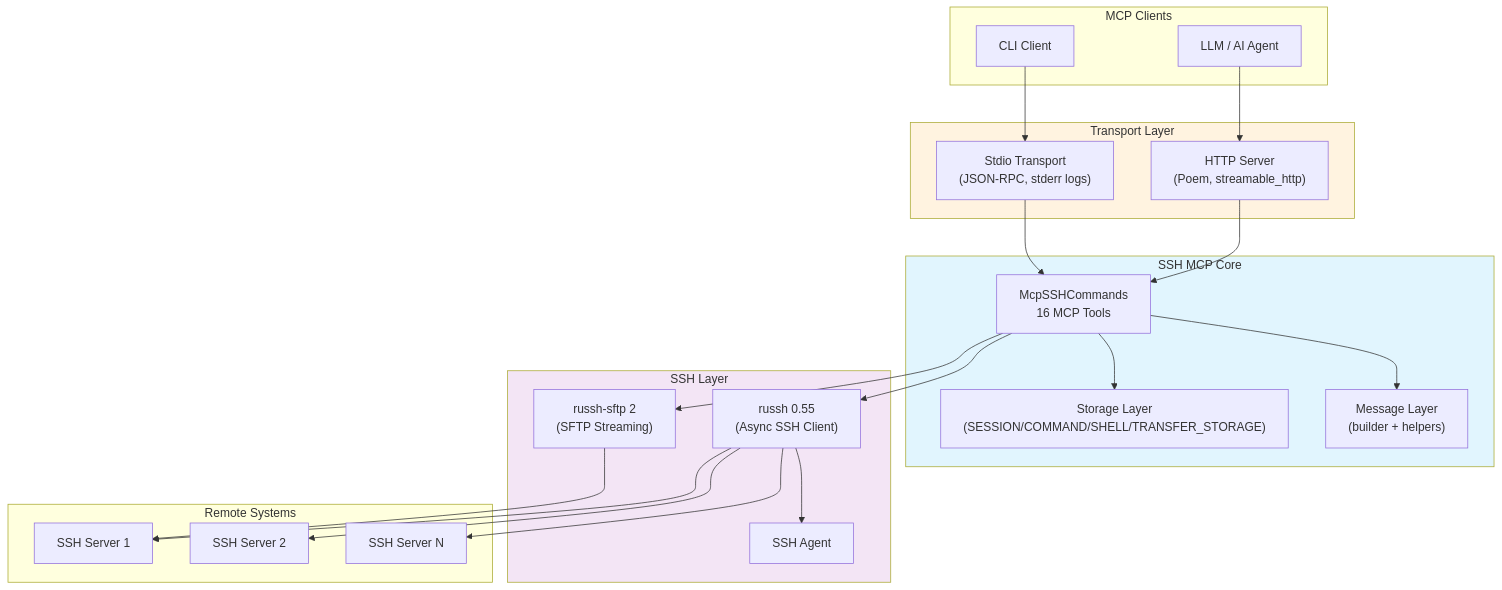
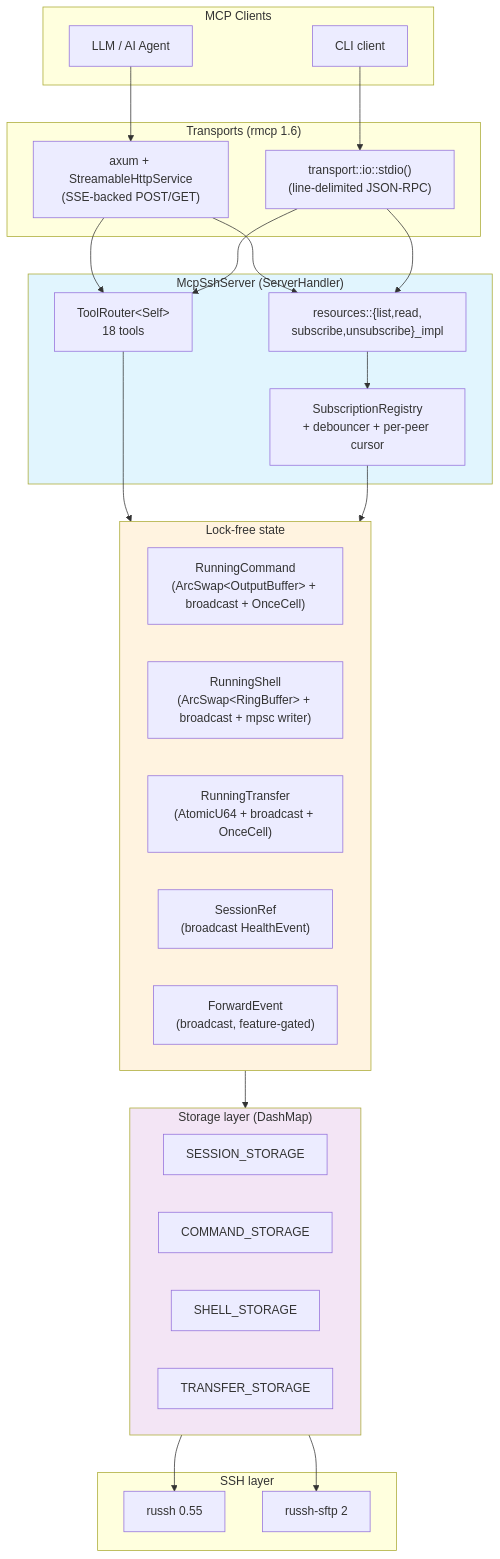
Before and after one commit to farchanjo/ssh-mcp: the first of 5 diagrams in docs/ARCHITECTURE.md, drawn with Mermaid. The commit also changed other lines of this file and 3 other files, not shown here.

````diff
--- a/docs/ARCHITECTURE.md
+++ b/docs/ARCHITECTURE.md
@@ -17,48 +21,55 @@
 ```mermaid
 flowchart TB
     subgraph Clients["MCP Clients"]
         LLM["LLM / AI Agent"]
-        CLI["CLI Client"]
+        CLI["CLI client"]
     end
 
-    subgraph Transport["Transport Layer"]
-        HTTP["HTTP Server<br/>(Poem, streamable_http)"]
-        STDIO["Stdio Transport<br/>(JSON-RPC, stderr logs)"]
+    subgraph Transports["Transports (rmcp 1.6)"]
+        HTTP["axum + StreamableHttpService<br/>(SSE-backed POST/GET)"]
+        STDIO["transport::io::stdio()<br/>(line-delimited JSON-RPC)"]
     end
 
-    subgraph Core["SSH MCP Core"]
-        MCP["McpSSHCommands<br/>16 MCP Tools"]
-        Storage["Storage Layer<br/>(SESSION/COMMAND/SHELL/TRANSFER_STORAGE)"]
-        Messages["Message Layer<br/>(builder + helpers)"]
+    subgraph Server["McpSshServer (ServerHandler)"]
+        Router["ToolRouter&lt;Self&gt;<br/>18 tools"]
+        Resources["resources::{list,read,<br/>subscribe,unsubscribe}_impl"]
+        Subscription["SubscriptionRegistry<br/>+ debouncer + per-peer cursor"]
     end
 
-    subgraph SSH["SSH Layer"]
-        Russh["russh 0.55<br/>(Async SSH Client)"]
-        RusshSftp["russh-sftp 2<br/>(SFTP Streaming)"]
-        Agent["SSH Agent"]
+    subgraph State["Lock-free state"]
+        Cmd["RunningCommand<br/>(ArcSwap&lt;OutputBuffer&gt; + broadcast + OnceCell)"]
+        Sh["RunningShell<br/>(ArcSwap&lt;RingBuffer&gt; + broadcast + mpsc writer)"]
+        Tr["RunningTransfer<br/>(AtomicU64 + broadcast + OnceCell)"]
+        Sess["SessionRef<br/>(broadcast HealthEvent)"]
+        Fwd["ForwardEvent<br/>(broadcast, feature-gated)"]
     end
 
-    subgraph Remote["Remote Systems"]
-        Server1["SSH Server 1"]
-        Server2["SSH Server 2"]
-        ServerN["SSH Server N"]
+    subgraph Storage["Storage layer (DashMap)"]
+        SessStore["SESSION_STORAGE"]
+        CmdStore["COMMAND_STORAGE"]
+        ShStore["SHELL_STORAGE"]
+        TrStore["TRANSFER_STORAGE"]
+    end
+
+    subgraph SSH["SSH layer"]
+        Russh["russh 0.55"]
+        RusshSftp["russh-sftp 2"]
     end
 
     LLM --> HTTP
     CLI --> STDIO
-    HTTP --> MCP
-    STDIO --> MCP
-    MCP --> Storage
-    MCP --> Messages
-    MCP --> Russh
-    MCP --> RusshSftp
-    Russh --> Agent
-    Russh --> Server1
-    Russh --> Server2
-    Russh --> ServerN
-    RusshSftp --> Server1
+    HTTP --> Router
+    HTTP --> Resources
+    STDIO --> Router
+    STDIO --> Resources
+    Resources --> Subscription
+    Router --> State
+    Subscription --> State
+    State --> Storage
+    Storage --> Russh
+    Storage --> RusshSftp
 
-    style Core fill:#e1f5fe
-    style Transport fill:#fff3e0
-    style SSH fill:#f3e5f5
+    style Server fill:#e1f5fe
+    style State fill:#fff3e0
+    style Storage fill:#f3e5f5
 ```
````
